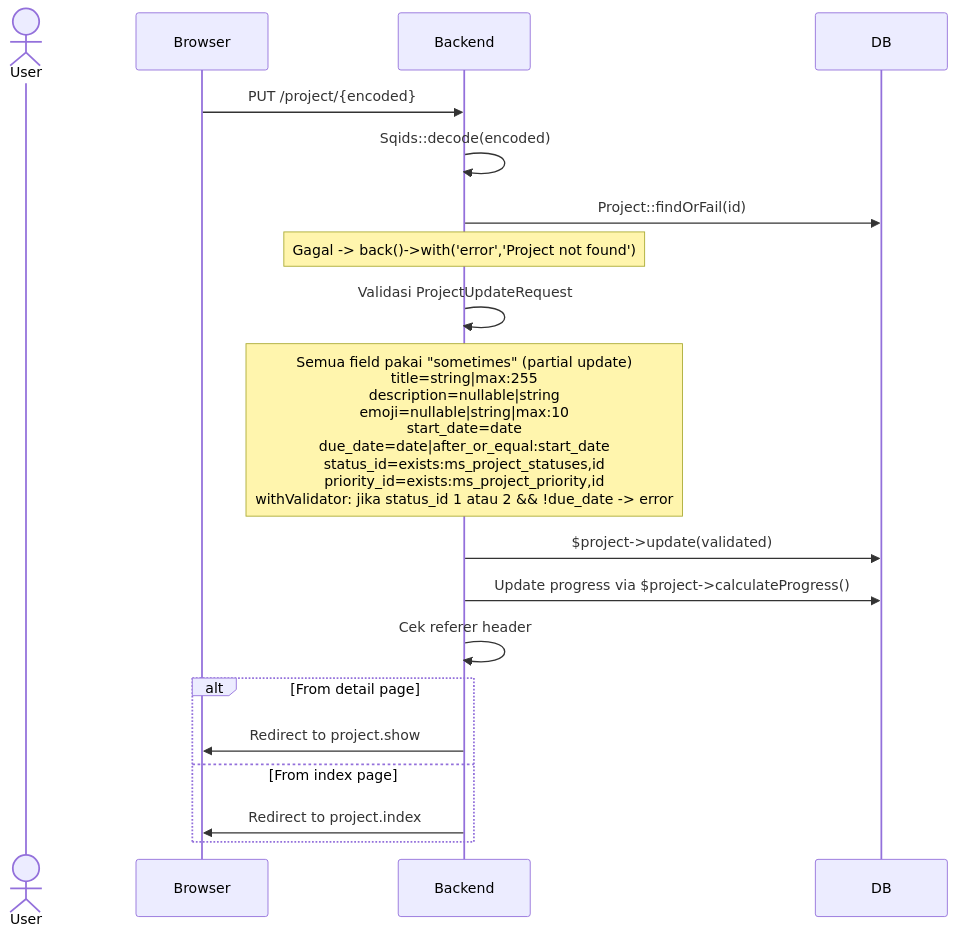
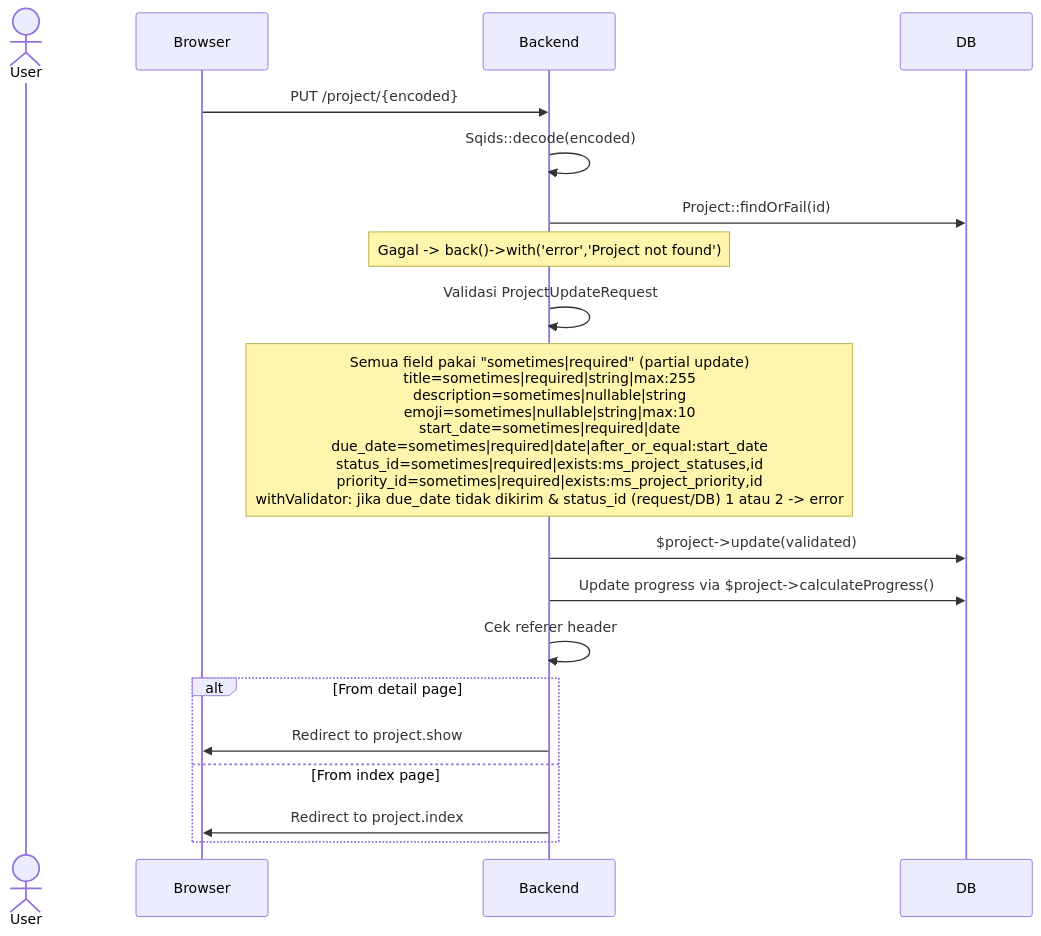
Before and after one commit to priamitra273/laptoplain: the third of 8 diagrams in docs/project/management.md, drawn with Mermaid. The commit also changed other lines of this file and 14 other files, not shown here.

````diff
--- a/docs/project/management.md
+++ b/docs/project/management.md
@@ -92,25 +92,25 @@
 ```mermaid
 sequenceDiagram
     actor User
     participant Browser
     participant Backend
     participant DB
 
     Browser->>Backend: PUT /project/{encoded}
 
     Backend->>Backend: Sqids::decode(encoded)
     Backend->>DB: Project::findOrFail(id)
     Note over Backend: Gagal -> back()->with('error','Project not found')
 
     Backend->>Backend: Validasi ProjectUpdateRequest
-    Note over Backend: Semua field pakai "sometimes" (partial update)<br/>title=string|max:255<br/>description=nullable|string<br/>emoji=nullable|string|max:10<br/>start_date=date<br/>due_date=date|after_or_equal:start_date<br/>status_id=exists:ms_project_statuses,id<br/>priority_id=exists:ms_project_priority,id<br/>withValidator: jika status_id 1 atau 2 && !due_date -> error
+    Note over Backend: Semua field pakai "sometimes|required" (partial update)<br/>title=sometimes|required|string|max:255<br/>description=sometimes|nullable|string<br/>emoji=sometimes|nullable|string|max:10<br/>start_date=sometimes|required|date<br/>due_date=sometimes|required|date|after_or_equal:start_date<br/>status_id=sometimes|required|exists:ms_project_statuses,id<br/>priority_id=sometimes|required|exists:ms_project_priority,id<br/>withValidator: jika due_date tidak dikirim & status_id (request/DB) 1 atau 2 -> error
 
     Backend->>DB: $project->update(validated)
     Backend->>DB: Update progress via $project->calculateProgress()
     Backend->>Backend: Cek referer header
     alt From detail page
         Backend->>Browser: Redirect to project.show
     else From index page
         Backend->>Browser: Redirect to project.index
     end
 ```
````
